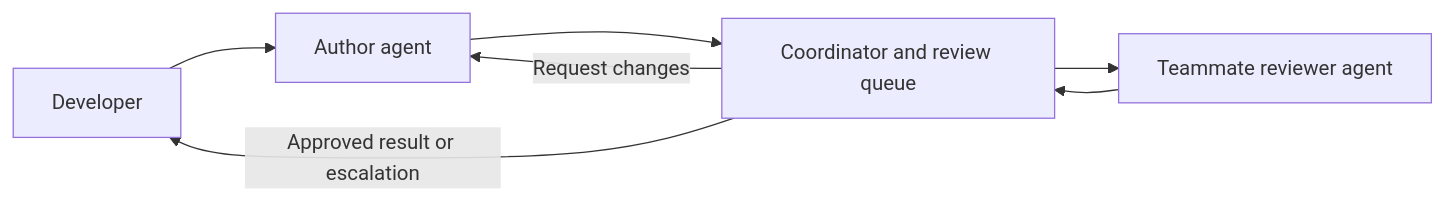
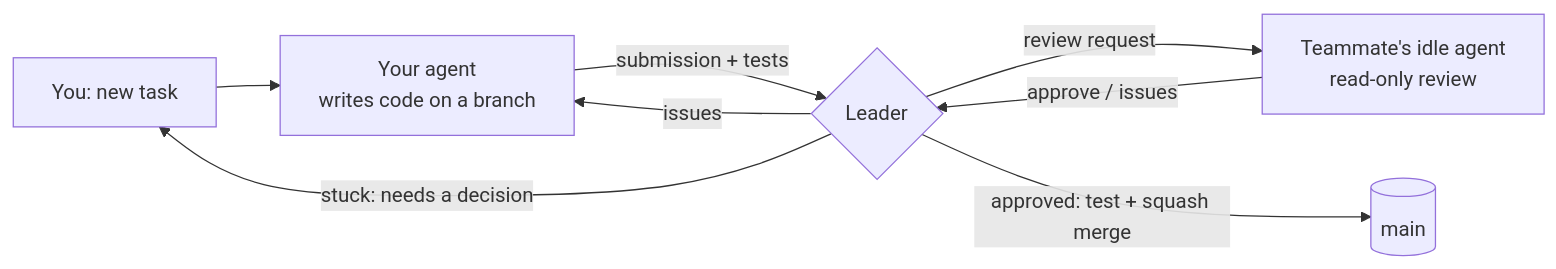
One commit to K0NSTANT1N3/agent-review-hub changed the diagram in README.md. Above: the diagram before and after it, drawn with Mermaid. The commit also changed other lines of this file and 18 other files, not shown here.

````diff
--- a/README.md
+++ b/README.md
@@ -18,9 +10,10 @@
 ```mermaid
 flowchart LR
-    D[Developer] --> A[Author agent]
-    A --> Q[Coordinator and review queue]
-    Q --> R[Teammate reviewer agent]
-    R --> Q
-    Q -->|Request changes| A
-    Q -->|Approved result or escalation| D
+    D[You: new task] --> A[Your agent<br/>writes code on a branch]
+    A -->|submission + tests| L{Leader}
+    L -->|review request| R[Teammate's idle agent<br/>read-only review]
+    R -->|approve / issues| L
+    L -->|issues| A
+    L -->|approved: test + squash merge| M[(main)]
+    L -->|stuck: needs a decision| D
 ```
````
